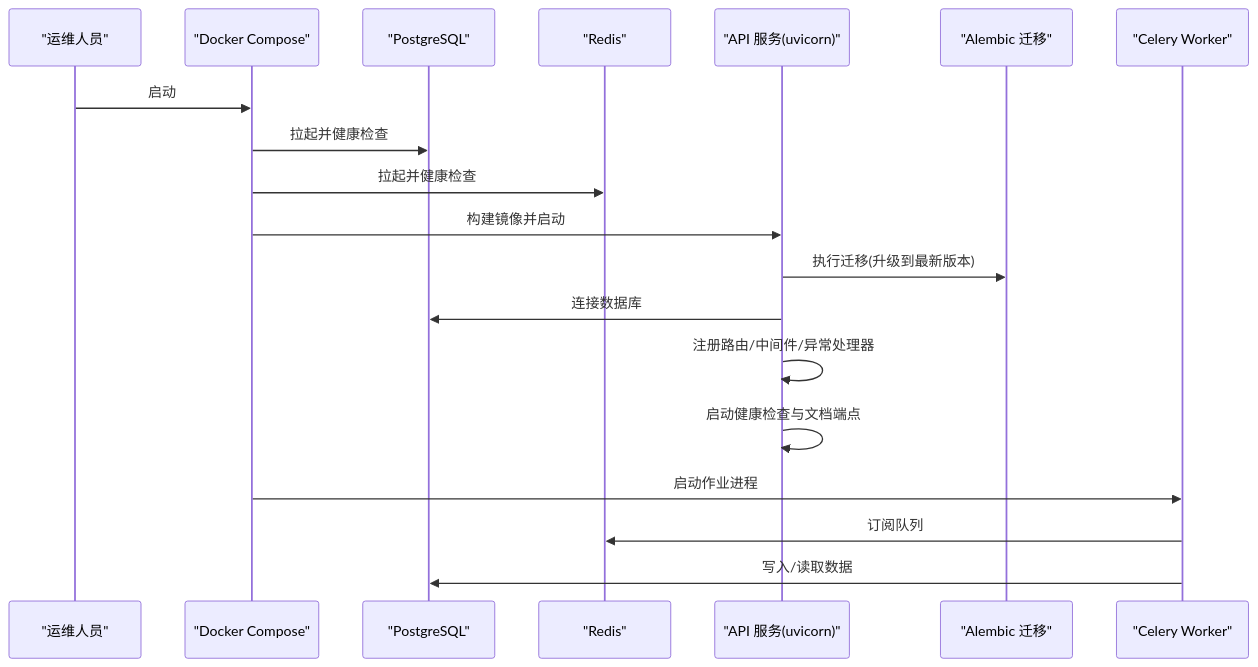
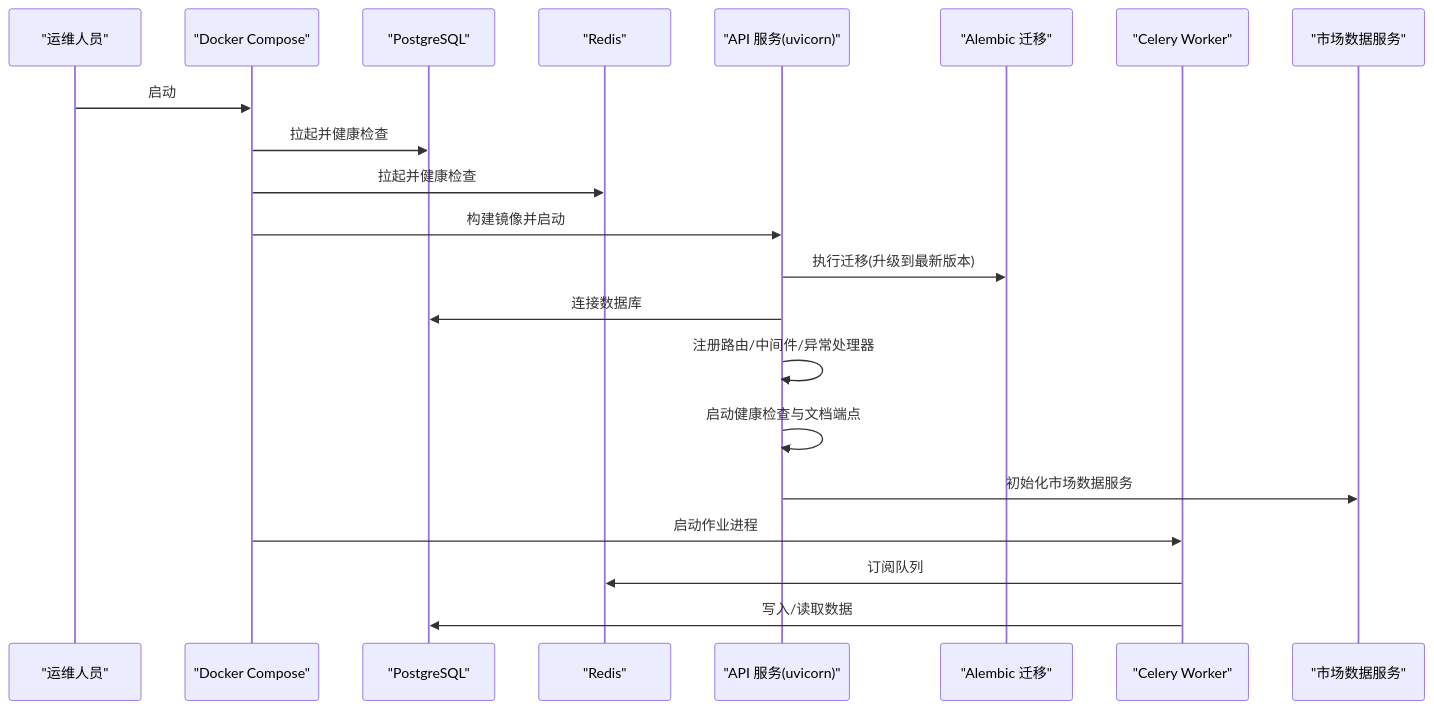
Before and after one commit to javelin-dot/llmine-quant: the second of 6 diagrams in .qoder/repowiki/zh/content/部署与运维/部署与运维.md, drawn with Mermaid. The commit also changed other lines of this file and 19 other files, not shown here.

````diff
--- a/.qoder/repowiki/zh/content/部署与运维/部署与运维.md
+++ b/.qoder/repowiki/zh/content/部署与运维/部署与运维.md
@@ -92,21 +119,23 @@
 ```mermaid
 sequenceDiagram
 participant Operator as "运维人员"
 participant Compose as "Docker Compose"
 participant Postgres as "PostgreSQL"
 participant Redis as "Redis"
 participant API as "API 服务(uvicorn)"
 participant Migrate as "Alembic 迁移"
 participant Worker as "Celery Worker"
+participant MarketService as "市场数据服务"
 Operator->>Compose : 启动
 Compose->>Postgres : 拉起并健康检查
 Compose->>Redis : 拉起并健康检查
 Compose->>API : 构建镜像并启动
 API->>Migrate : 执行迁移(升级到最新版本)
 API->>Postgres : 连接数据库
 API->>API : 注册路由/中间件/异常处理器
 API->>API : 启动健康检查与文档端点
+API->>MarketService : 初始化市场数据服务
 Compose->>Worker : 启动作业进程
 Worker->>Redis : 订阅队列
 Worker->>Postgres : 写入/读取数据
 ```
````
